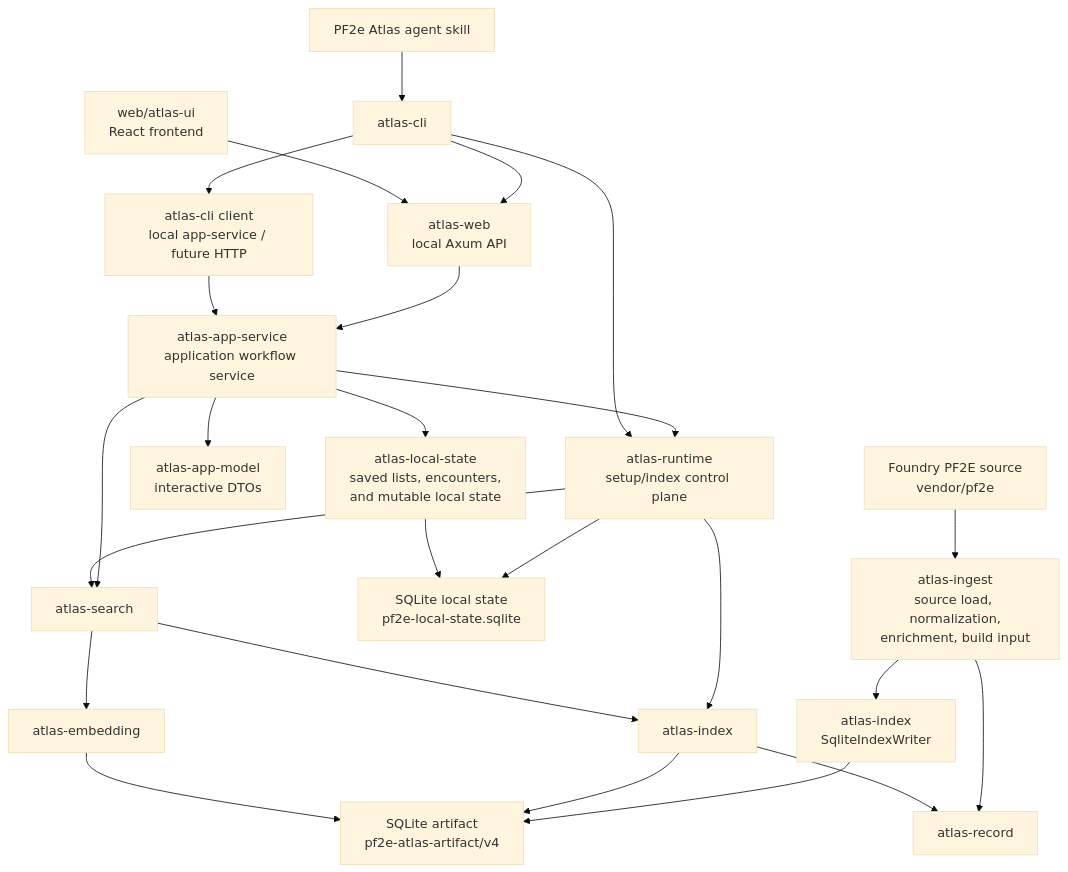
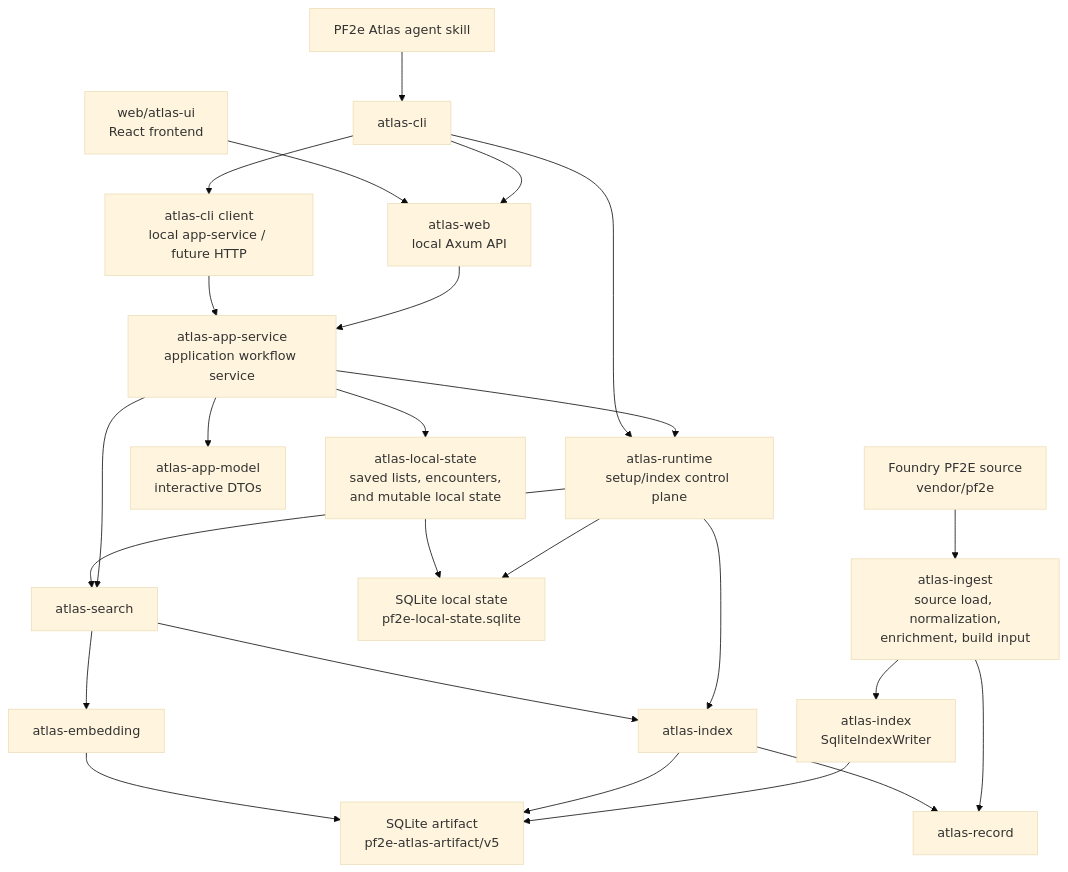
The diagram in docs/architecture/overview.md (e-kosten/pf2e-atlas), drawn with Mermaid (base theme) before and after one commit. The commit also changed other lines of this file and 123 other files, not shown here.

````diff
--- a/docs/architecture/overview.md
+++ b/docs/architecture/overview.md
@@ -62,29 +62,29 @@
 ```mermaid
 flowchart TD
     pf2e["Foundry PF2E source<br/>vendor/pf2e"] --> ingest["atlas-ingest<br/>source load, normalization,<br/>enrichment, build input"]
     ingest --> indexWriter["atlas-index<br/>SqliteIndexWriter"]
-    indexWriter --> artifactDb["SQLite artifact<br/>pf2e-atlas-artifact/v4"]
+    indexWriter --> artifactDb["SQLite artifact<br/>pf2e-atlas-artifact/v5"]
     localStateDb["SQLite local state<br/>pf2e-local-state.sqlite"]
 
     skill["PF2e Atlas agent skill"] --> cli["atlas-cli"]
     cli --> web["atlas-web<br/>local Axum API"]
     browser["web/atlas-ui<br/>React frontend"] --> web
     web --> appService["atlas-app-service<br/>application workflow service"]
     appService --> appModel["atlas-app-model<br/>interactive DTOs"]
     appService --> runtime
     appService --> search
     appService --> localState["atlas-local-state<br/>saved lists, encounters,<br/>and mutable local state"]
     cli --> cliClient["atlas-cli client<br/>local app-service / future HTTP"]
     cliClient --> appService
     cli --> runtime["atlas-runtime<br/>setup/index control plane"]
     runtime --> search["atlas-search"]
     runtime --> index["atlas-index"]
     runtime --> localStateDb
     localState --> localStateDb
     search --> index
     search --> embedding["atlas-embedding"]
     index --> artifactDb
     embedding --> artifactDb
     ingest --> record["atlas-record"]
     index --> record
 ```
````
